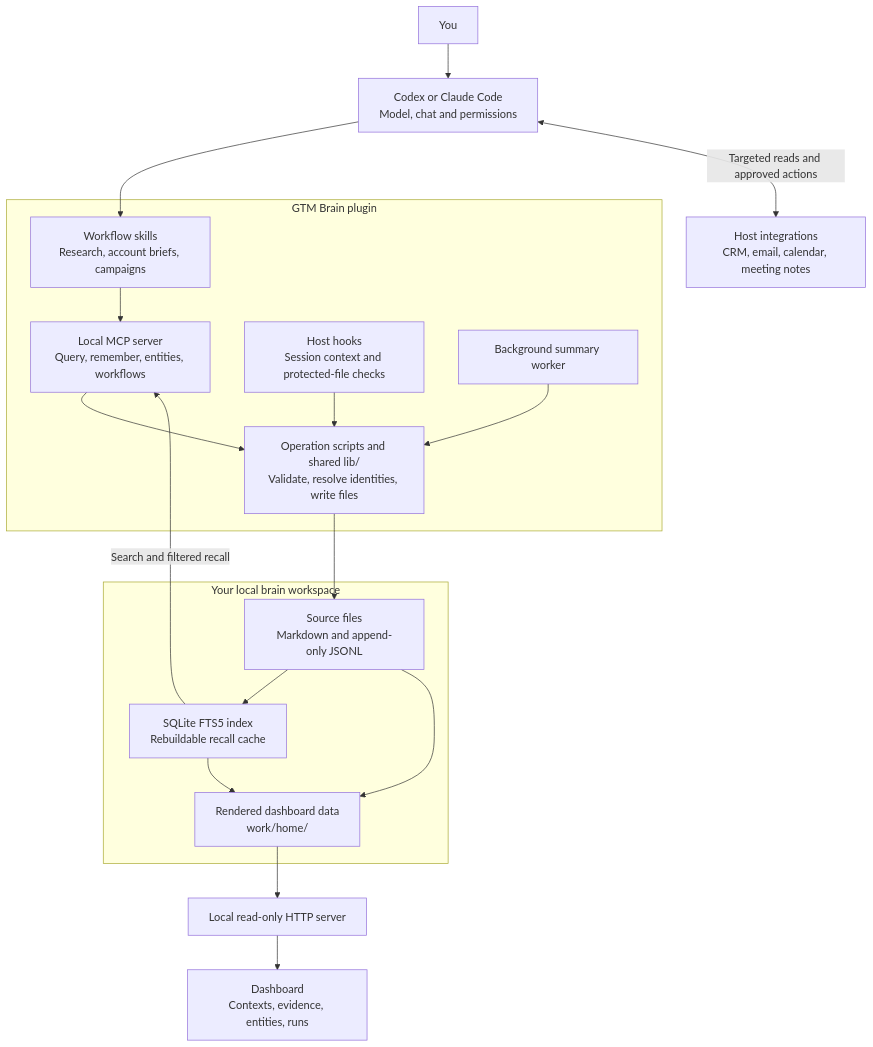
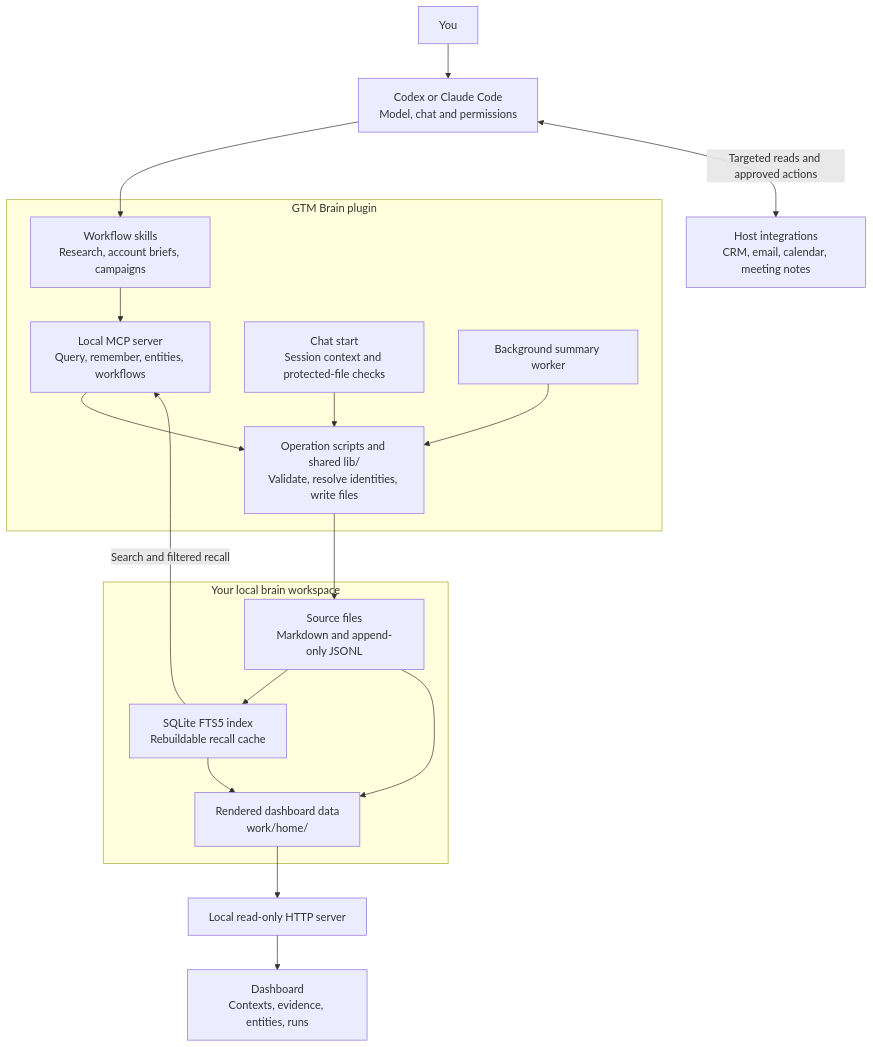
Before and after one commit to gtm-week/gtm-brain: the second of 3 diagrams in README.md, drawn with Mermaid. The commit also changed other lines of this file and 96 other files, not shown here.

````diff
--- a/README.md
+++ b/README.md
@@ -135,27 +135,27 @@
 ```mermaid
 flowchart TB
   person["You"] --> chat["Codex or Claude Code<br/>Model, chat and permissions"]
   chat --> skills["Workflow skills<br/>Research, account briefs, campaigns"]
   chat <-->|"Targeted reads and approved actions"| connectors["Host integrations<br/>CRM, email, calendar, meeting notes"]
 
   subgraph plugin["GTM Brain plugin"]
     skills --> mcp["Local MCP server<br/>Query, remember, entities, workflows"]
     mcp --> operations["Operation scripts and shared lib/<br/>Validate, resolve identities, write files"]
-    hooks["Host hooks<br/>Session context and protected-file checks"] --> operations
+    session["Chat start<br/>Session context and protected-file checks"] --> operations
     worker["Background summary worker"] --> operations
   end
 
   subgraph workspace["Your local brain workspace"]
     files["Source files<br/>Markdown and append-only JSONL"]
     index["SQLite FTS5 index<br/>Rebuildable recall cache"]
     view["Rendered dashboard data<br/>work/home/"]
   end
 
   operations --> files
   files --> index
   index -->|"Search and filtered recall"| mcp
   files --> view
   index --> view
   view --> server["Local read-only HTTP server"]
   server --> dashboard["Dashboard<br/>Contexts, evidence, entities, runs"]
 ```
````
